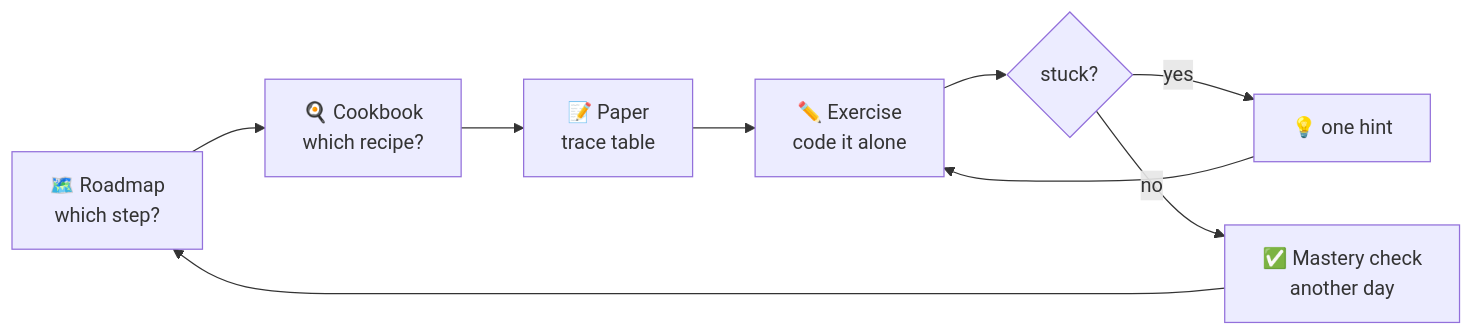
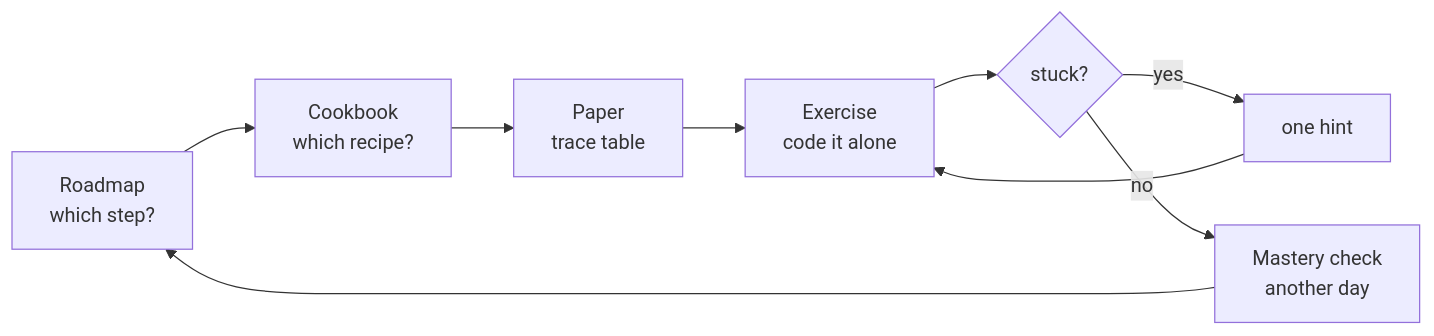
One commit to lfarci/csharp-programming-fundamentals changed the diagram in README.md. Above: the diagram before and after it, drawn with Mermaid. The commit also changed other lines of this file and 242 other files, not shown here.

````diff
--- a/README.md
+++ b/README.md
@@ -45,12 +45,12 @@
 ```mermaid
 flowchart LR
     accTitle: How to use this repo
     accDescr: A loop: pick a roadmap step, read the recipe, trace on paper, code the exercise alone. If stuck, open one hint and try again. If not stuck, do the mastery check another day, then go back to the roadmap.
-    R["🗺️ Roadmap<br/>which step?"] --> C["🍳 Cookbook<br/>which recipe?"]
-    C --> P["📝 Paper<br/>trace table"]
-    P --> X["✏️ Exercise<br/>code it alone"]
+    R["Roadmap<br/>which step?"] --> C["Cookbook<br/>which recipe?"]
+    C --> P["Paper<br/>trace table"]
+    P --> X["Exercise<br/>code it alone"]
     X --> H{"stuck?"}
-    H -- yes --> HI["💡 one hint"] --> X
-    H -- no --> M["✅ Mastery check<br/>another day"]
+    H -- yes --> HI["one hint"] --> X
+    H -- no --> M["Mastery check<br/>another day"]
     M --> R
 ```
````
